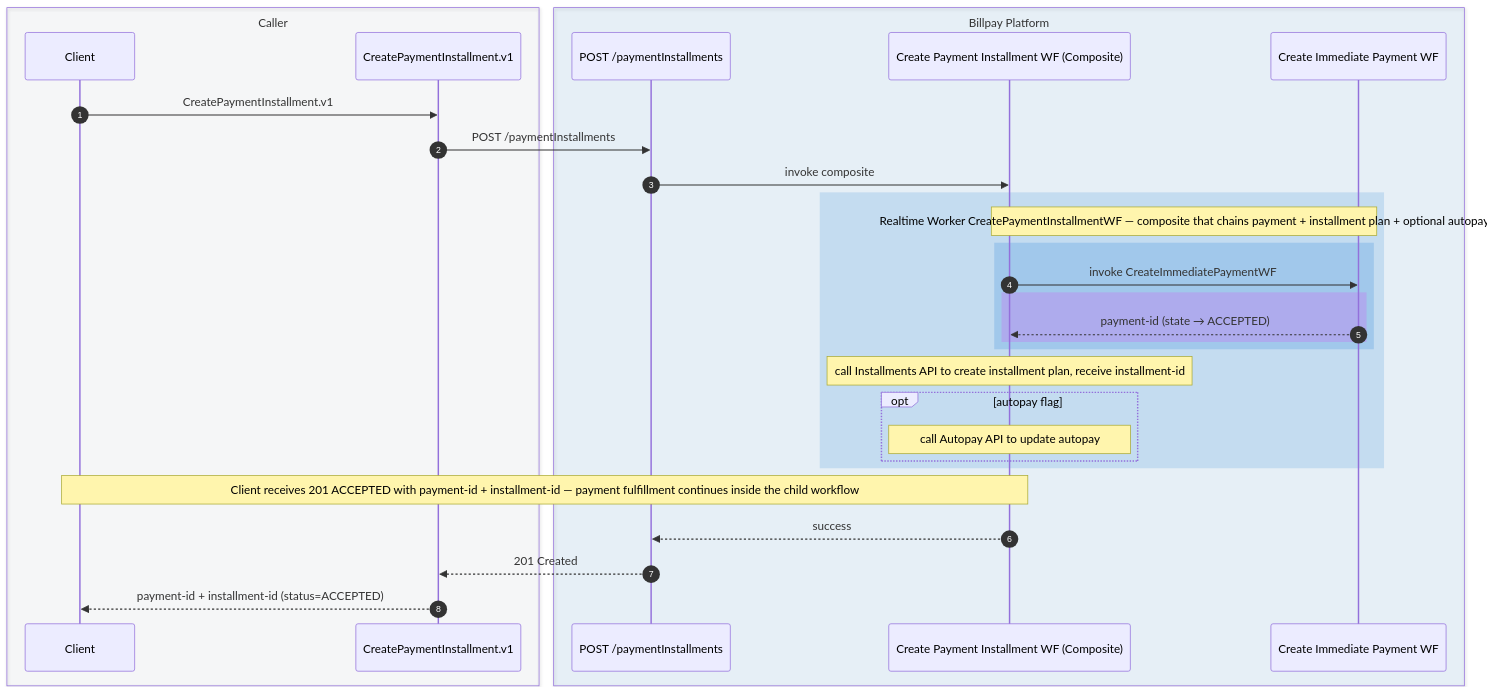
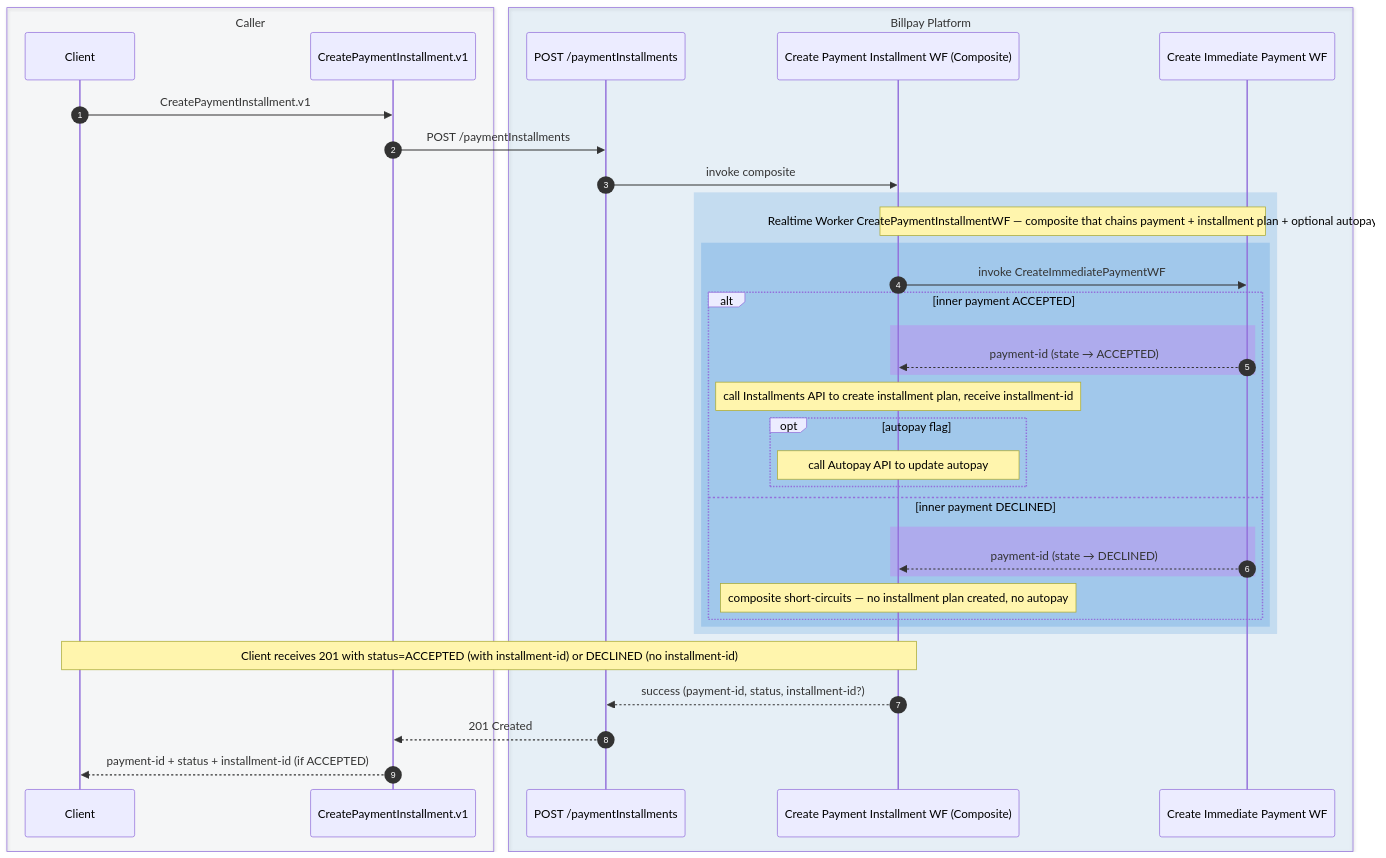
Before and after one commit to arunav-bhattacharya/billpay-docs: diagram 12 of 12 in docs/diagrams/sequence-diagrams.md, drawn with Mermaid. The commit also changed other lines of this file, not shown here.

First line of the commit message:
Add DECLINED handling and split returns processing into two diagrams

````diff
--- a/docs/diagrams/sequence-diagrams.md
+++ b/docs/diagrams/sequence-diagrams.md
@@ -614,40 +690,46 @@
 ```mermaid
 sequenceDiagram
   autonumber
 
   box rgba(148,163,184,0.06) Caller
     participant C as Client
     participant ODF as CreatePaymentInstallment.v1
   end
 
   box rgba(0,111,207,0.08) Billpay Platform
     participant API as POST /paymentInstallments
     participant CWF as Create Payment Installment WF (Composite)
     participant CIP as Create Immediate Payment WF
   end
 
   C->>ODF: CreatePaymentInstallment.v1
   ODF->>API: POST /paymentInstallments
   API->>CWF: invoke composite
 
   rect rgba(0,111,207,0.15)
     Note over CWF,CIP: Realtime Worker CreatePaymentInstallmentWF — composite that chains payment + installment plan + optional autopay
 
     rect rgba(0,111,207,0.18)
       CWF->>CIP: invoke CreateImmediatePaymentWF
-      rect rgba(217,70,239,0.22)
-        CIP-->>CWF: payment-id (state → ACCEPTED)
+      alt inner payment ACCEPTED
+        rect rgba(217,70,239,0.22)
+          CIP-->>CWF: payment-id (state → ACCEPTED)
+        end
+        Note over CWF: call Installments API to create installment plan, receive installment-id
+        opt autopay flag
+          Note over CWF: call Autopay API to update autopay
+        end
+      else inner payment DECLINED
+        rect rgba(217,70,239,0.22)
+          CIP-->>CWF: payment-id (state → DECLINED)
+        end
+        Note over CWF: composite short-circuits — no installment plan created, no autopay
       end
-    end
-
-    Note over CWF: call Installments API to create installment plan, receive installment-id
-    opt autopay flag
-      Note over CWF: call Autopay API to update autopay
     end
   end
 
-  Note over C,CWF: Client receives 201 ACCEPTED with payment-id + installment-id — payment fulfillment continues inside the child workflow
-  CWF-->>API: success
+  Note over C,CWF: Client receives 201 with status=ACCEPTED (with installment-id) or DECLINED (no installment-id)
+  CWF-->>API: success (payment-id, status, installment-id?)
   API-->>ODF: 201 Created
-  ODF-->>C: payment-id + installment-id (status=ACCEPTED)
+  ODF-->>C: payment-id + status + installment-id (if ACCEPTED)
 ```
````
